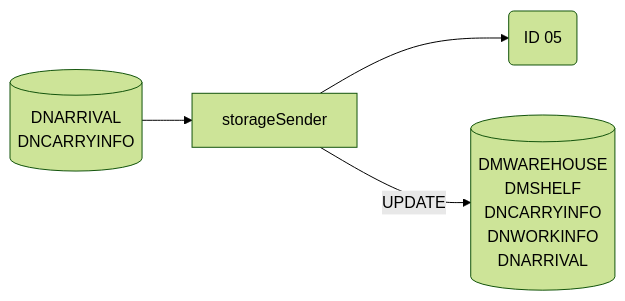
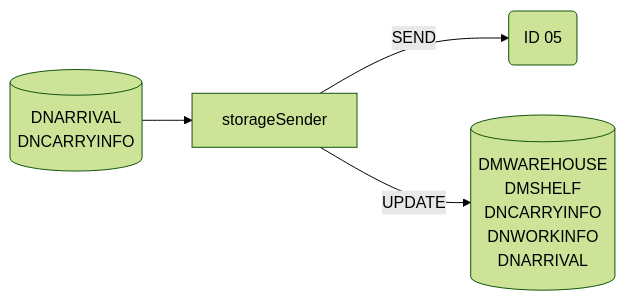
Diagram 19 of 22 in Basic-Design/DFD-WMS/Inventory-Check/Inventory-Check-from-Ambient-Area.md (luthfiadityaa/SimeDarby-Wiki), drawn with Mermaid (forest theme) before and after one commit.

Commit message:
Updated Inventory Check from Ambient Area

```diff
--- a/Basic-Design/DFD-WMS/Inventory-Check/Inventory-Check-from-Ambient-Area.md
+++ b/Basic-Design/DFD-WMS/Inventory-Check/Inventory-Check-from-Ambient-Area.md
@@ -809,21 +809,21 @@
 ::: mermaid
 flowchart LR
 storageSender-update[("
 DMWAREHOUSE
 DMSHELF
 DNCARRYINFO
 DNWORKINFO
 DNARRIVAL
 ")]
 storageSender-input[("
 DNARRIVAL
 DNCARRYINFO
 ")]
 
 id05msg("
 ID 05
 ")
 
-storageSender-input-->storageSender-->id05msg
+storageSender-input-->storageSender-->|SEND|id05msg
 storageSender--> |UPDATE| storageSender-update
 :::
```
